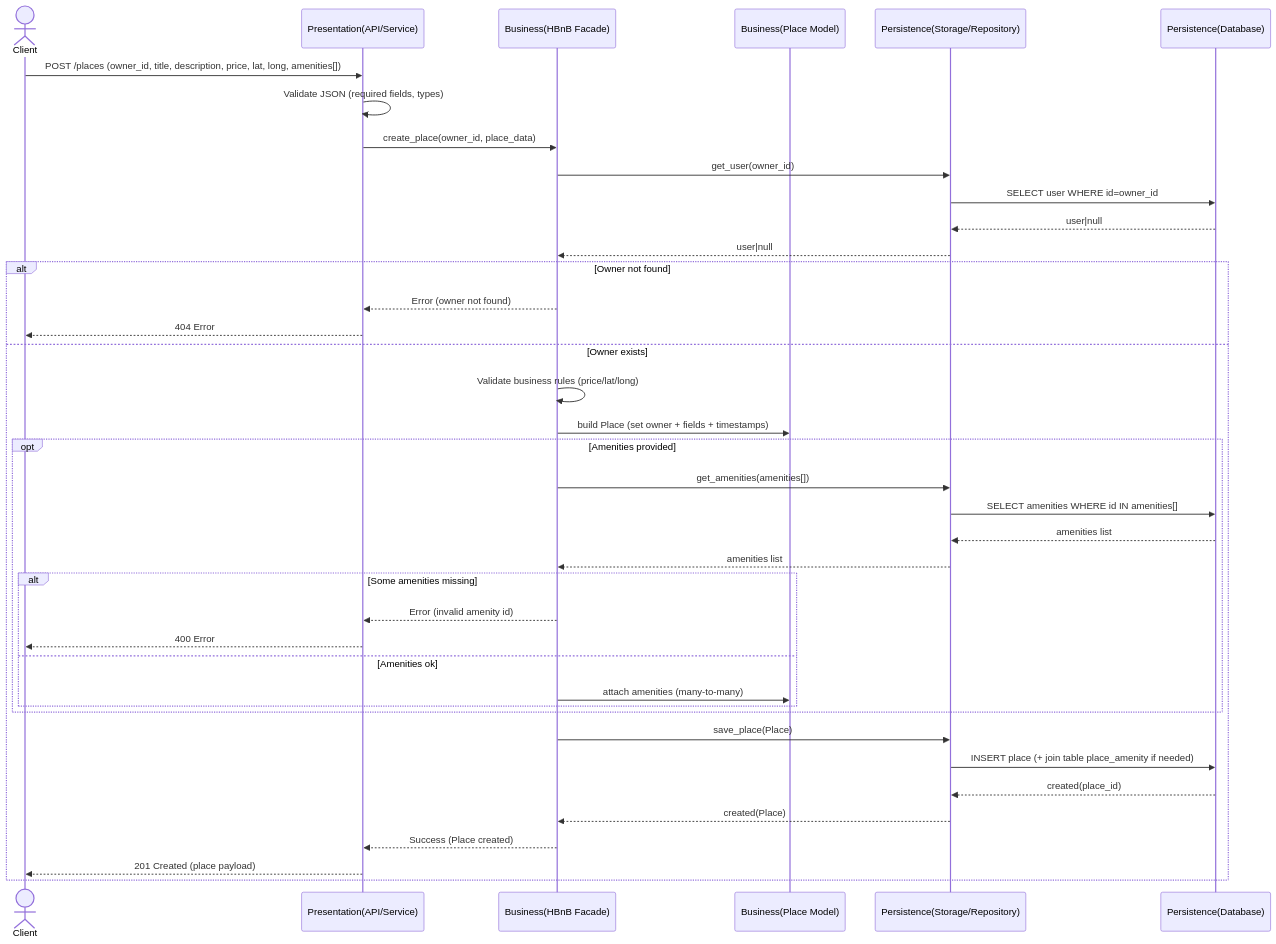
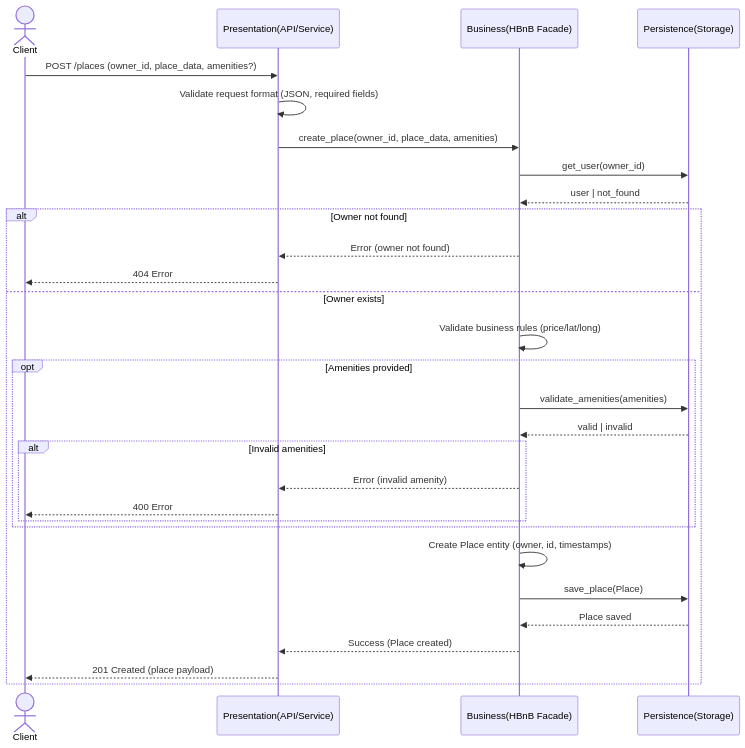
One commit to Hedygh/holbertonschool-hbnb changed the second of 4 diagrams in part1/Diagrams_API_Calls.md. Above: the diagram before and after it, drawn with Mermaid. The commit also changed other lines of this file, not shown here.

Commit message:
Change 3 first diagrams code lenght to focus more on conception than implementation

````diff
--- a/part1/Diagrams_API_Calls.md
+++ b/part1/Diagrams_API_Calls.md
@@ -37,48 +31,36 @@
 ```mermaid
 sequenceDiagram
     actor Client
     participant API as Presentation(API/Service)
     participant Facade as Business(HBnB Facade)
-    participant PlaceModel as Business(Place Model)
-    participant Store as Persistence(Storage/Repository)
-    participant DB as Persistence(Database)
+    participant Store as Persistence(Storage)
 
-    Client->>API: POST /places (owner_id, title, description, price, lat, long, amenities[])
-    API->>API: Validate JSON (required fields, types)
-    API->>Facade: create_place(owner_id, place_data)
+    Client->>API: POST /places (owner_id, place_data, amenities?)
+    API->>API: Validate request format (JSON, required fields)
+    API->>Facade: create_place(owner_id, place_data, amenities)
 
     Facade->>Store: get_user(owner_id)
-    Store->>DB: SELECT user WHERE id=owner_id
-    DB-->>Store: user|null
-    Store-->>Facade: user|null
+    Store-->>Facade: user | not_found
 
     alt Owner not found
         Facade-->>API: Error (owner not found)
         API-->>Client: 404 Error
     else Owner exists
         Facade->>Facade: Validate business rules (price/lat/long)
-        Facade->>PlaceModel: build Place (set owner + fields + timestamps)
 
         opt Amenities provided
-            Facade->>Store: get_amenities(amenities[])
-            Store->>DB: SELECT amenities WHERE id IN amenities[]
-            DB-->>Store: amenities list
-            Store-->>Facade: amenities list
-
-            alt Some amenities missing
-                Facade-->>API: Error (invalid amenity id)
+            Facade->>Store: validate_amenities(amenities)
+            Store-->>Facade: valid | invalid
+            alt Invalid amenities
+                Facade-->>API: Error (invalid amenity)
                 API-->>Client: 400 Error
-            else Amenities ok
-                Facade->>PlaceModel: attach amenities (many-to-many)
             end
         end
 
+        Facade->>Facade: Create Place entity (owner, id, timestamps)
         Facade->>Store: save_place(Place)
-        Store->>DB: INSERT place (+ join table place_amenity if needed)
-        DB-->>Store: created(place_id)
-        Store-->>Facade: created(Place)
-
+        Store-->>Facade: Place saved
         Facade-->>API: Success (Place created)
         API-->>Client: 201 Created (place payload)
     end
 ```
````
